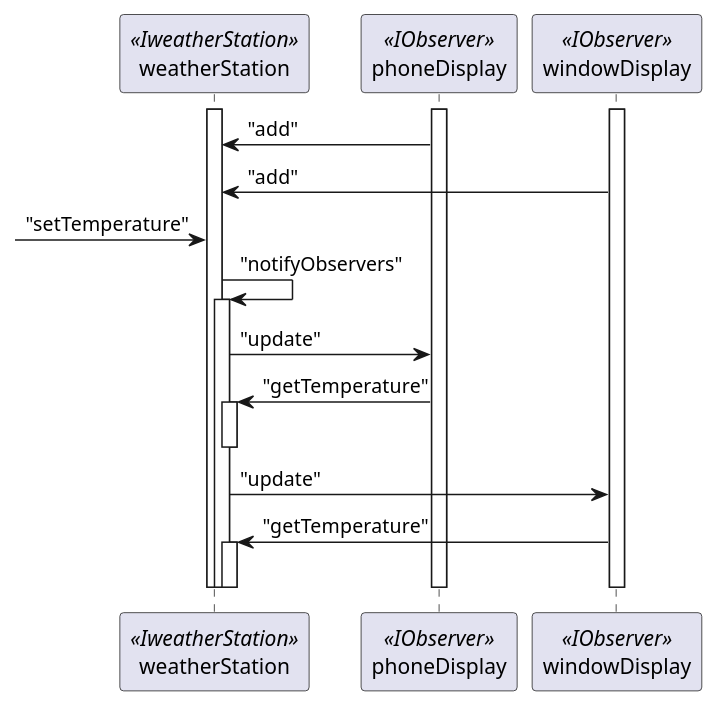
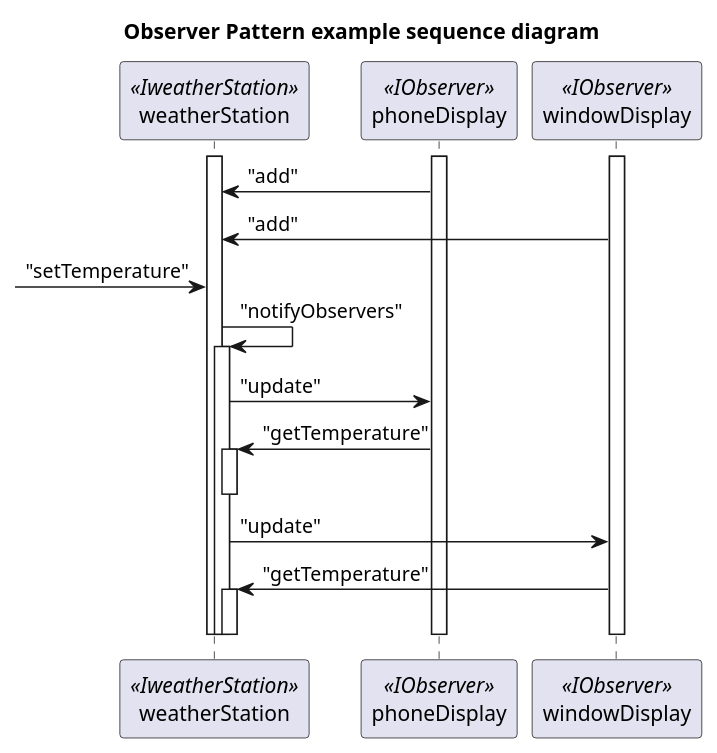
Before and after one commit to nsanitate/design-pattern: the diagram in observer/doc/example/sequence.puml, drawn with PlantUML. The commit also changed 3 other files, not shown here.

Commit message:
docs(observer): added titles to diagrams

```diff
--- a/observer/doc/example/sequence.puml
+++ b/observer/doc/example/sequence.puml
@@ -1,32 +1,33 @@
-@startuml
+@startuml Observer Pattern example sequence diagram
+title Observer Pattern example sequence diagram
 participant weatherStation <<IweatherStation>>
 participant phoneDisplay <<IObserver>>
 participant windowDisplay <<IObserver>>
 
 activate weatherStation
 activate phoneDisplay
 activate windowDisplay
 
 phoneDisplay -> weatherStation : "add"
 windowDisplay -> weatherStation : "add"
 
 -> weatherStation : "setTemperature"
 weatherStation -> weatherStation : "notifyObservers"
 activate weatherStation
 
 weatherStation -> phoneDisplay : "update"
 phoneDisplay -> weatherStation : "getTemperature"
 activate weatherStation
 deactivate weatherStation
 
 weatherStation -> windowDisplay : "update"
 windowDisplay -> weatherStation : "getTemperature"
 activate weatherStation
 deactivate weatherStation
 
 deactivate weatherStation
 
 deactivate phoneDisplay
 deactivate windowDisplay
 deactivate weatherStation
 @enduml
```
